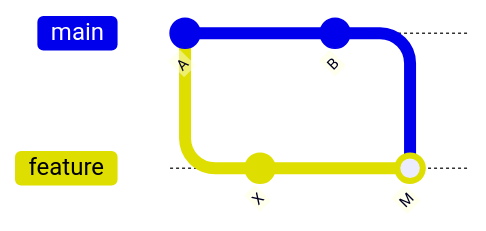
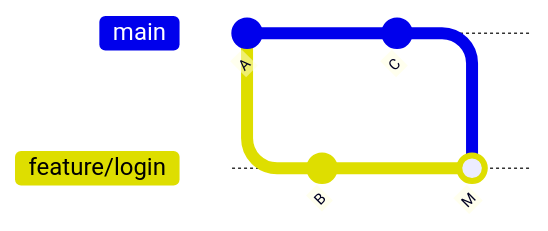
One commit to ykgw-daiki-nakamura/nakamura-git-tutorial changed the first of 2 diagrams in docs/guide/rebase.md. Above: the diagram before and after it, drawn with Mermaid. The commit also changed other lines of this file and 2 other files, not shown here.

First line of the commit message:
docs(guide): マージ概念の gitGraph 図解を強化（FF/3-way・マージ方式・rebase 整合） (#199)

````diff
--- a/docs/guide/rebase.md
+++ b/docs/guide/rebase.md
@@ -11,11 +11,11 @@
 ```mermaid
 gitGraph
     commit id: "A"
-    branch feature
-    checkout feature
-    commit id: "X"
+    branch feature/login
+    checkout feature/login
+    commit id: "B"
     checkout main
-    commit id: "B"
-    checkout feature
+    commit id: "C"
+    checkout feature/login
     merge main id: "M"
 ```
````
